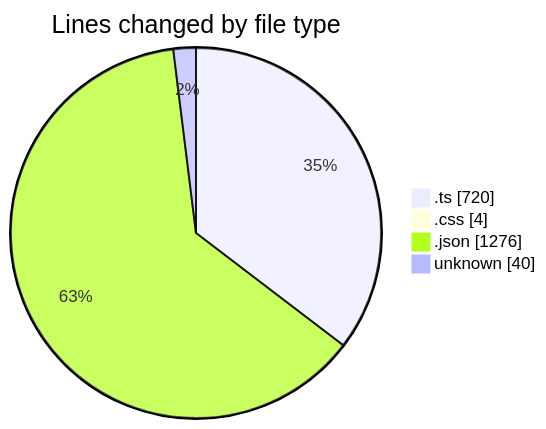
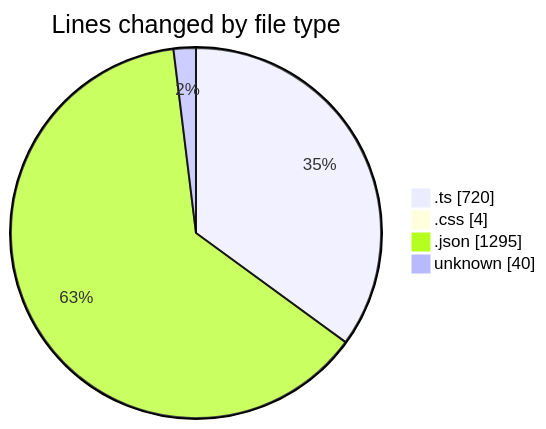
Before and after one commit to EIIisD/code-tracking: the first of 2 diagrams in 2025-07-13/tampermonkey/README.md, drawn with Mermaid. The commit also changed other lines of this file and 1 other file, not shown here.

````diff
--- a/2025-07-13/tampermonkey/README.md
+++ b/2025-07-13/tampermonkey/README.md
@@ -33,8 +33,8 @@
 ```mermaid
 pie showData
 title Lines changed by file type
 ".ts" : 720
 ".css" : 4
-".json" : 1276
+".json" : 1295
 "unknown" : 40
 ```
````
